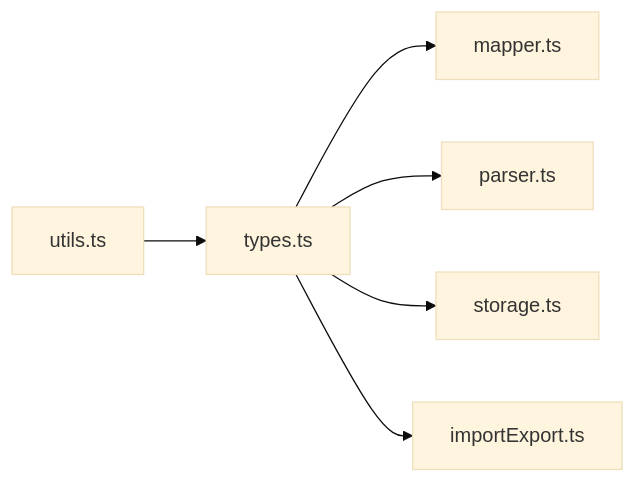
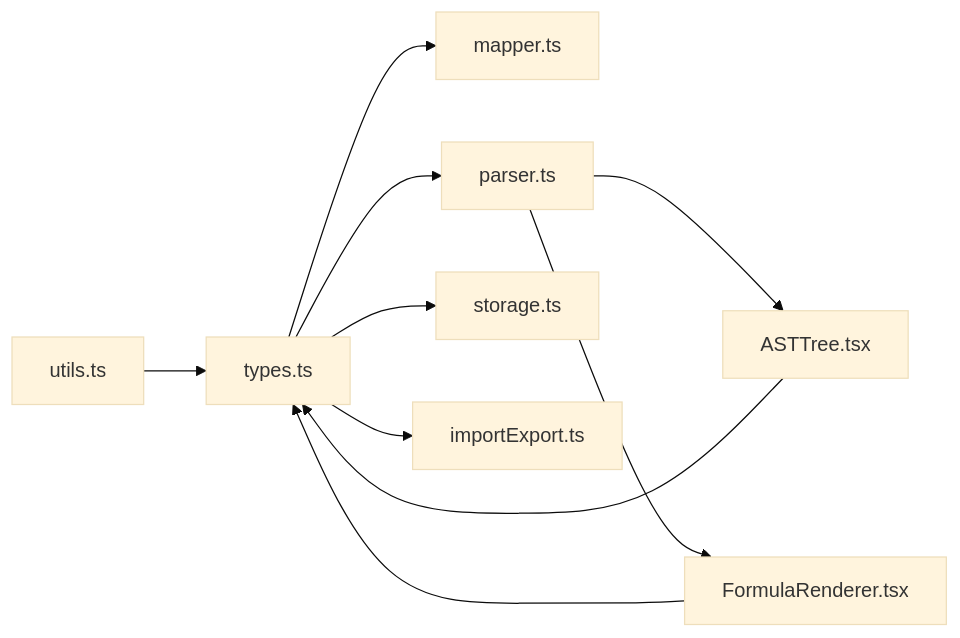
One commit to steveyu2/formula-mapper changed the sixth of 6 diagrams in .qoder/repowiki/zh/content/开发者指南/核心模块实现/工具函数库.md. Above: the diagram before and after it, drawn with Mermaid (base theme). The commit also changed other lines of this file and 10 other files, not shown here.

````diff
--- a/.qoder/repowiki/zh/content/开发者指南/核心模块实现/工具函数库.md
+++ b/.qoder/repowiki/zh/content/开发者指南/核心模块实现/工具函数库.md
@@ -300,8 +419,12 @@
 ```mermaid
 graph LR
 T["types.ts"] --> M["mapper.ts"]
 T --> P["parser.ts"]
 T --> S["storage.ts"]
 T --> IE["importExport.ts"]
 U["utils.ts"] --> T
+AT["ASTTree.tsx"] --> T
+FR["FormulaRenderer.tsx"] --> T
+P --> AT
+P --> FR
 ```
````
